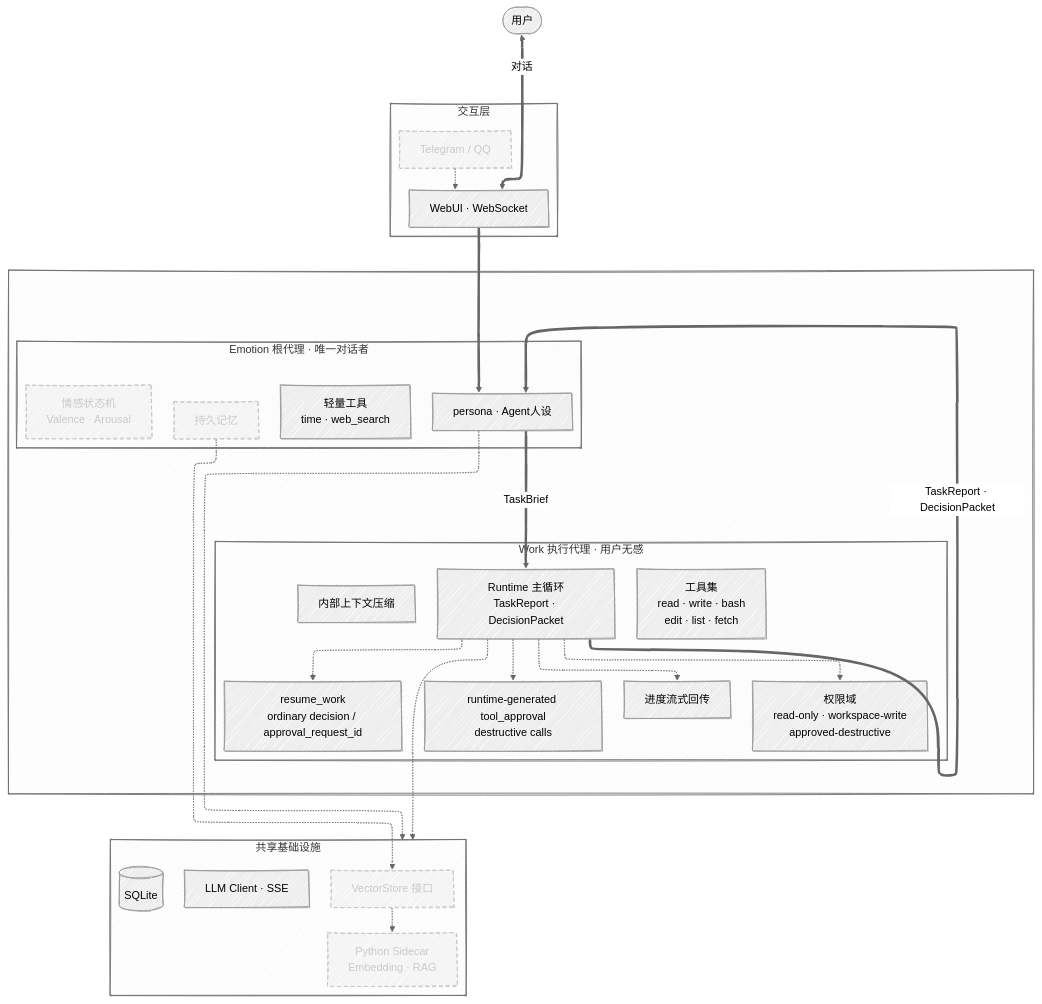
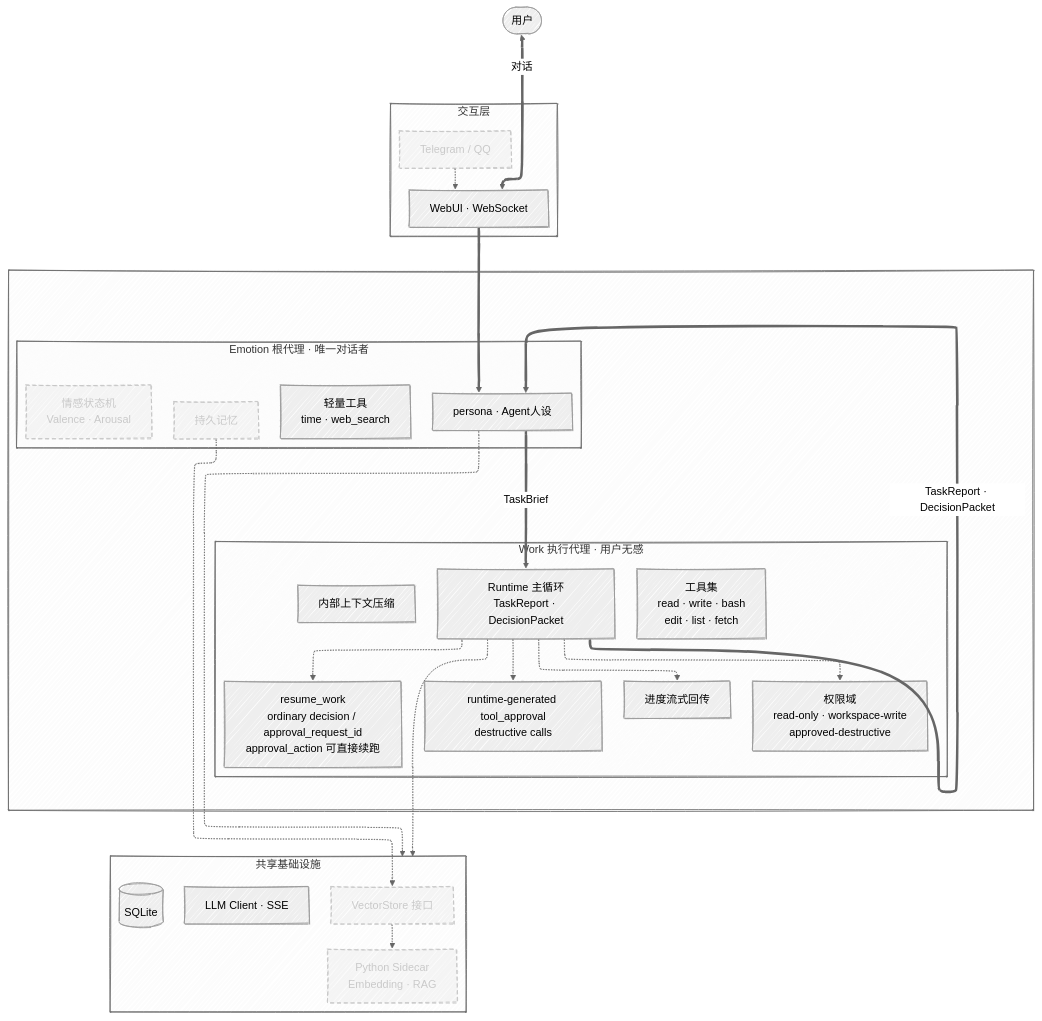
One commit to LongYiSang/EmoAgent changed the first of 2 diagrams in README.md. Above: the diagram before and after it, drawn with Mermaid. The commit also changed other lines of this file and 8 other files, not shown here.

````diff
--- a/README.md
+++ b/README.md
@@ -21,66 +21,66 @@
 ```mermaid
 ---
 config:
   look: handDrawn
   layout: elk
   theme: neutral
 ---
 flowchart TB
   User(["用户"])
 
   subgraph L4["交互层"]
     direction LR
     WebUI["WebUI · WebSocket"]
     TG["Telegram / QQ"]
   end
 
   subgraph Cores[" "]
     direction LR
 
     subgraph E[" Emotion 根代理 · 唯一对话者"]
       direction TB
       E_core[" persona · Agent人设"]
       E_tool["轻量工具<br/>time · web_search"]
       E_mem["持久记忆"]
       E_emo["情感状态机<br/>Valence · Arousal"]
     end
 
     subgraph W["Work 执行代理 · 用户无感"]
       direction TB
       W_core["Runtime 主循环<br/>TaskReport · DecisionPacket"]
       W_tool["工具集<br/>read · write · bash<br/>edit · list · fetch"]
       W_perm["权限域<br/>read-only · workspace-write<br/>approved-destructive"]
       W_approval["runtime-generated tool_approval<br/>destructive calls"]
-      W_resume["resume_work<br/>ordinary decision / approval_request_id"]
+      W_resume["resume_work<br/>ordinary decision / approval_request_id<br/>approval_action 可直接续跑"]
       W_stream["进度流式回传"]
       W_cmp["内部上下文压缩"]
   end
   end
 
   subgraph L0["共享基础设施"]
     direction LR
     LLM["LLM Client · SSE"]
     DB[("SQLite")]
     VS["VectorStore 接口"]
     PY["Python Sidecar<br/>Embedding · RAG"]
   end
 
   User <==>|对话| WebUI
   TG -.-> WebUI
 
   WebUI ==> E_core
   E_core ==>|TaskBrief| W_core
   W_core ==>|TaskReport · DecisionPacket| E_core
   W_core -.-> W_perm
   W_core -.-> W_approval
   W_core -.-> W_resume
   W_core -.-> W_stream
 
   E_core -.-> L0
   W_core -.-> L0
   E_mem -.-> VS
   VS -.-> PY
 
   classDef planned stroke-dasharray: 6 4,opacity:0.55,color:#666
   class TG,E_mem,E_emo,VS,PY planned
 ```
````
